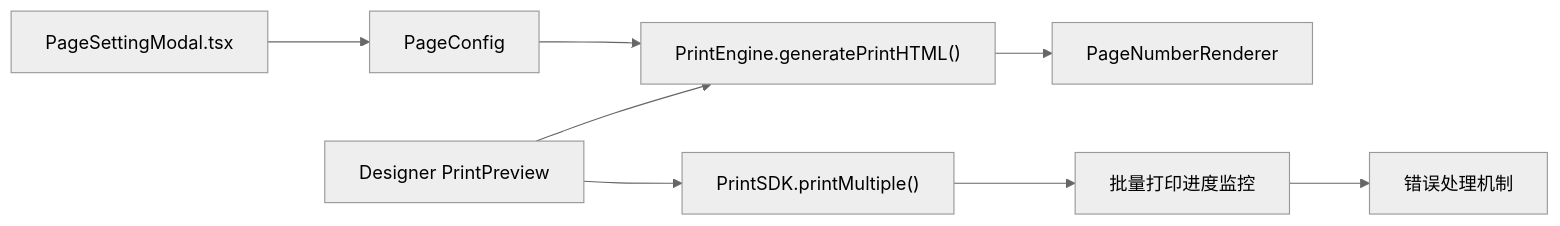
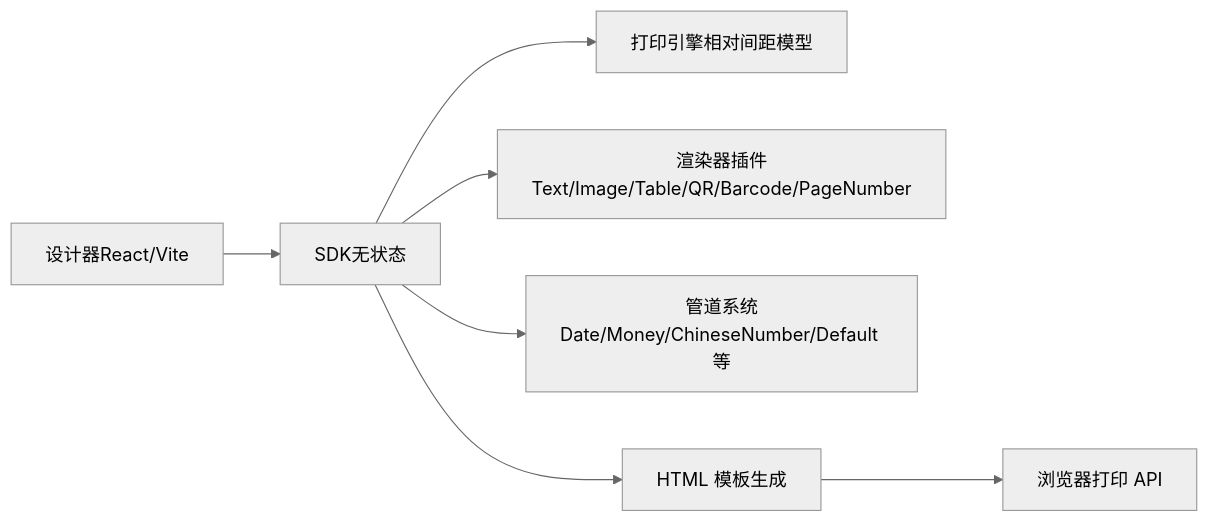
One commit to joker-yjc/printer changed the second of 3 diagrams in .qoder/repowiki/zh/content/版本更新日志.md. Above: the diagram before and after it, drawn with Mermaid (neutral theme). The commit also changed other lines of this file and 86 other files, not shown here.

````diff
--- a/.qoder/repowiki/zh/content/版本更新日志.md
+++ b/.qoder/repowiki/zh/content/版本更新日志.md
@@ -276,10 +94,9 @@
 ```mermaid
 graph LR
-PageSetting["PageSettingModal.tsx"] --> PageConfig["PageConfig"]
-PageConfig --> PrintEngine["PrintEngine.generatePrintHTML()"]
-PrintEngine --> PageNumberRenderer["PageNumberRenderer"]
-DesignerPreview["Designer PrintPreview"] --> PrintEngine
-DesignerPreview --> SDKPrint["PrintSDK.printMultiple()"]
-SDKPrint --> ProgressMonitor["批量打印进度监控"]
-ProgressMonitor --> ErrorHandler["错误处理机制"]
+A["设计器React/Vite"] --> B["SDK无状态"]
+B --> C["打印引擎相对间距模型"]
+B --> D["渲染器插件Text/Image/Table/QR/Barcode/PageNumber"]
+B --> E["管道系统Date/Money/ChineseNumber/Default 等"]
+B --> F["HTML 模板生成"]
+F --> G["浏览器打印 API"]
 ```
````
